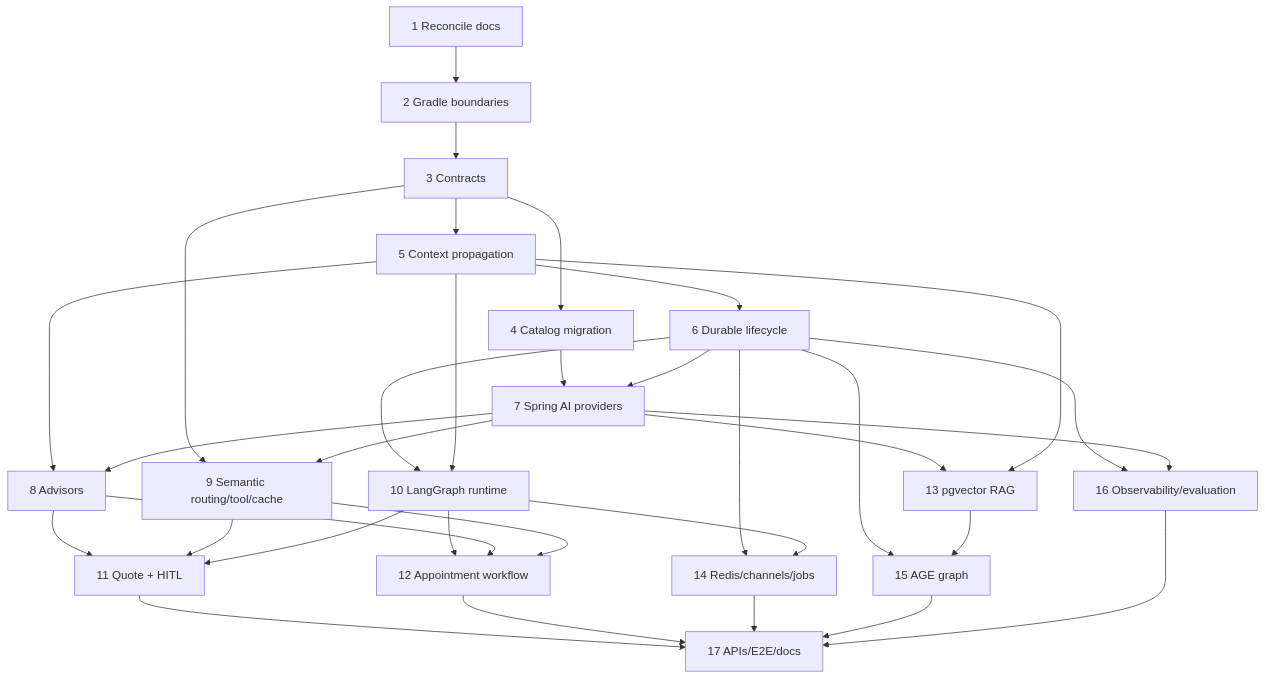
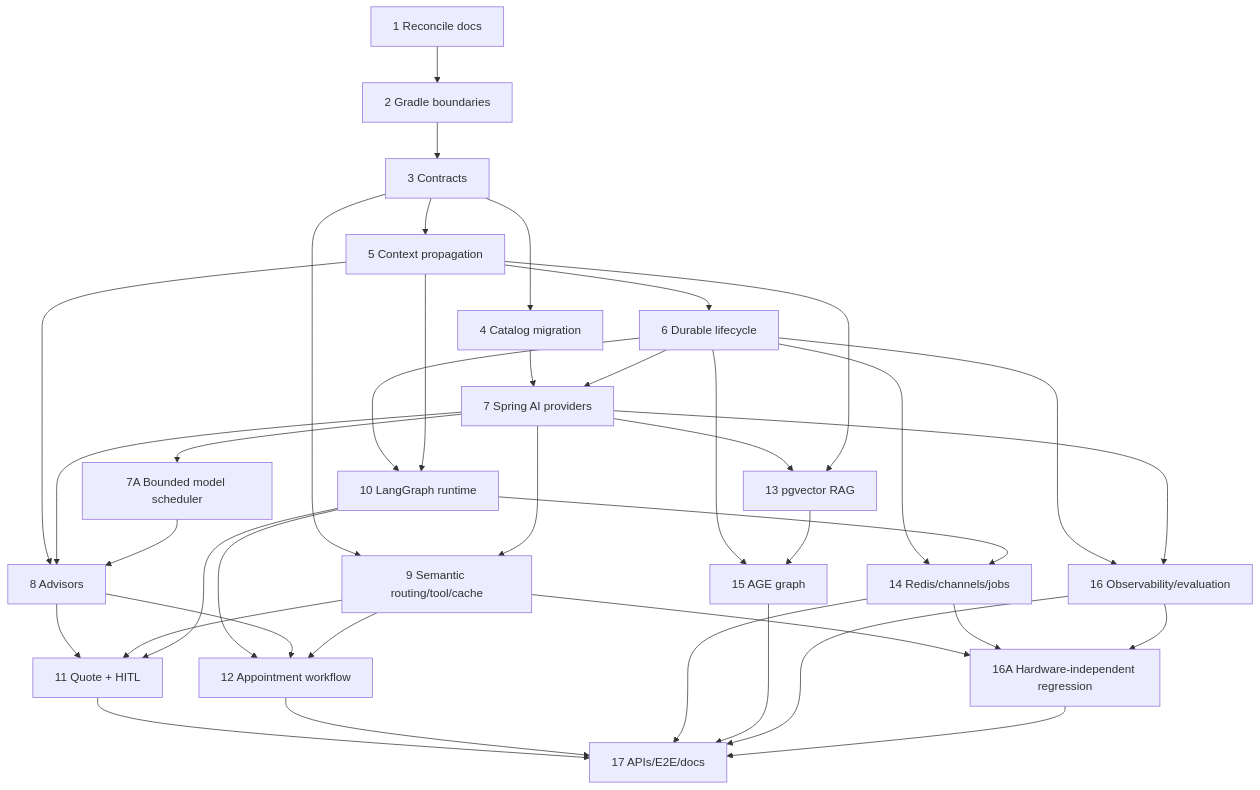
The third of 3 diagrams in docs/superpowers/plans/2026-08-28-ai-platform-implementation-plan.md (migangdelzar/emme-service), drawn with Mermaid before and after one commit. The commit also changed other lines of this file and 2 other files, not shown here.

Commit message:
docs(ai): add local model backpressure and regression design

````diff
--- a/docs/superpowers/plans/2026-08-28-ai-platform-implementation-plan.md
+++ b/docs/superpowers/plans/2026-08-28-ai-platform-implementation-plan.md
@@ -467,35 +536,41 @@
 ```mermaid
 flowchart TD
     T1[1 Reconcile docs] --> T2[2 Gradle boundaries]
     T2 --> T3[3 Contracts]
     T3 --> T4[4 Catalog migration]
     T3 --> T5[5 Context propagation]
     T5 --> T6[6 Durable lifecycle]
     T4 --> T7[7 Spring AI providers]
     T6 --> T7
+    T7 --> T7A[7A Bounded model scheduler]
     T5 --> T8[8 Advisors]
     T7 --> T8
+    T7A --> T8
     T3 --> T9[9 Semantic routing/tool/cache]
     T7 --> T9
     T6 --> T10[10 LangGraph runtime]
     T5 --> T10
     T8 --> T11[11 Quote + HITL]
     T9 --> T11
     T10 --> T11
     T10 --> T12[12 Appointment workflow]
     T8 --> T12
     T9 --> T12
     T7 --> T13[13 pgvector RAG]
     T5 --> T13
     T6 --> T14[14 Redis/channels/jobs]
     T10 --> T14
     T6 --> T15[15 AGE graph]
     T13 --> T15
     T6 --> T16[16 Observability/evaluation]
     T7 --> T16
+    T9 --> T16A[16A Hardware-independent regression]
+    T14 --> T16A
+    T16 --> T16A
     T11 --> T17[17 APIs/E2E/docs]
     T12 --> T17
     T14 --> T17
     T15 --> T17
     T16 --> T17
+    T16A --> T17
 ```
````
